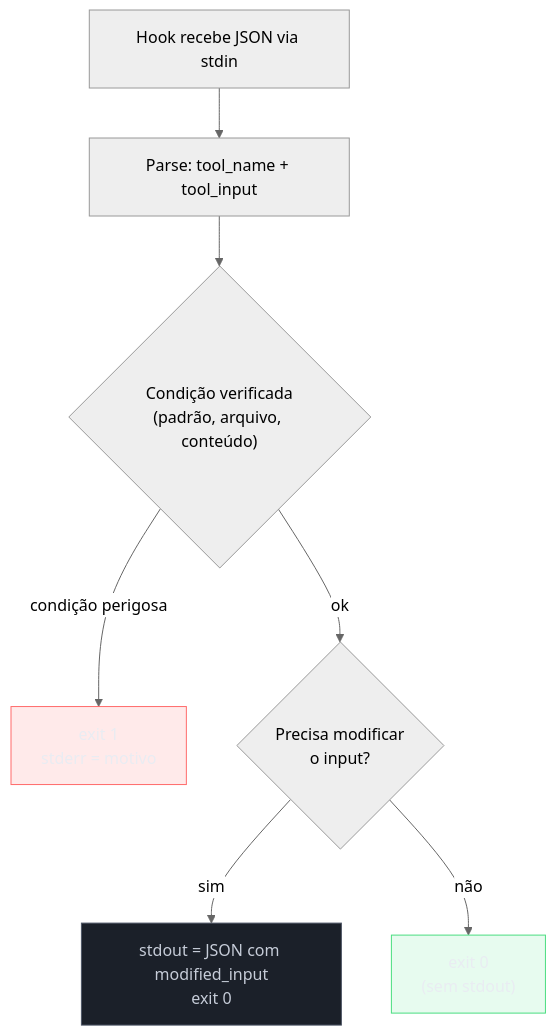
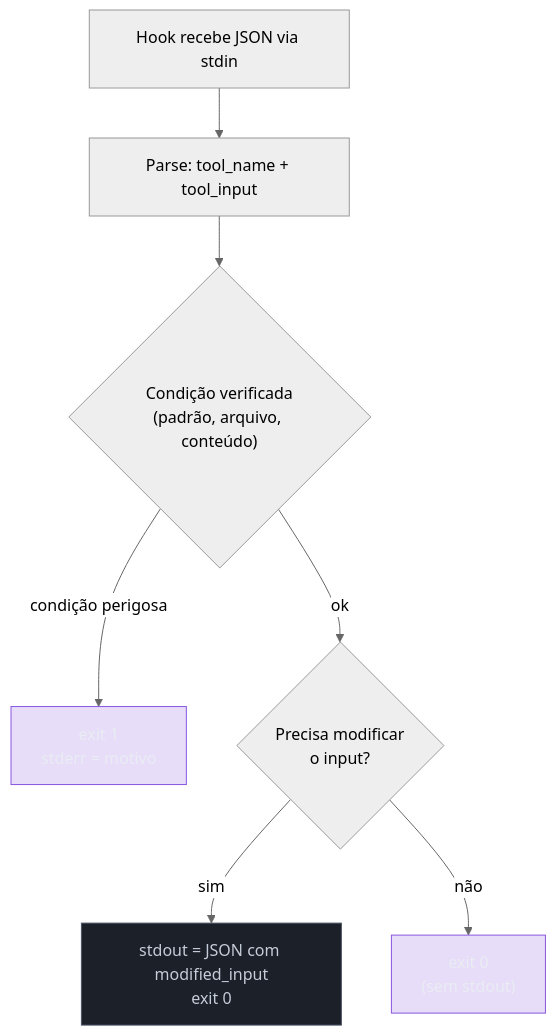
One commit to josenaldo/codex-technomanticus changed the second of 2 diagrams in 03-Dominios/Tecnologia/IA/Claude Code/Hooks e Guardrails/02 - PreToolUse.md. Above: the diagram before and after it, drawn with Mermaid (neutral theme). The commit also changed 601 other files, not shown here.

````diff
--- a/03-Dominios/Tecnologia/IA/Claude Code/Hooks e Guardrails/02 - PreToolUse.md
+++ b/03-Dominios/Tecnologia/IA/Claude Code/Hooks e Guardrails/02 - PreToolUse.md
@@ -541,23 +541,22 @@
 ```mermaid
 flowchart TD
-    classDef falha fill:#FF6B6B24,stroke:#FF6B6B,color:#E9ECF2
-    classDef ok fill:#4ADE8021,stroke:#4ADE80,color:#E9ECF2
+    classDef marca fill:#8855DF33,stroke:#8855DF,color:#E9ECF2
     classDef neutro fill:#1B2029,stroke:#4E5666,color:#C6CCD8
     Receive["Hook recebe JSON via stdin"]
     Parse["Parse: tool_name + tool_input"]
     Check{"Condição verificada\n(padrão, arquivo, conteúdo)"}
     Block["exit 1\nstderr = motivo"]
     Modify{"Precisa modificar\no input?"}
     ReturnJSON["stdout = JSON com modified_input\nexit 0"]
     Approve["exit 0\n(sem stdout)"]
 
     Receive --> Parse --> Check
     Check -- "condição perigosa" --> Block
     Check -- "ok" --> Modify
     Modify -- "sim" --> ReturnJSON
     Modify -- "não" --> Approve
 
-    class Block falha
-    class Approve ok
+    class Block marca
+    class Approve marca
     class ReturnJSON neutro
 ```
````
